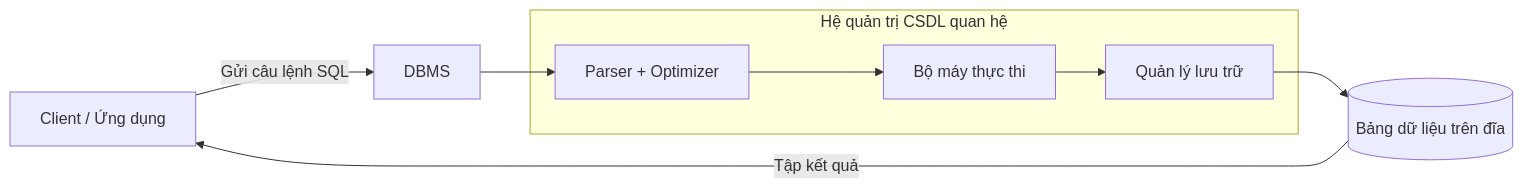
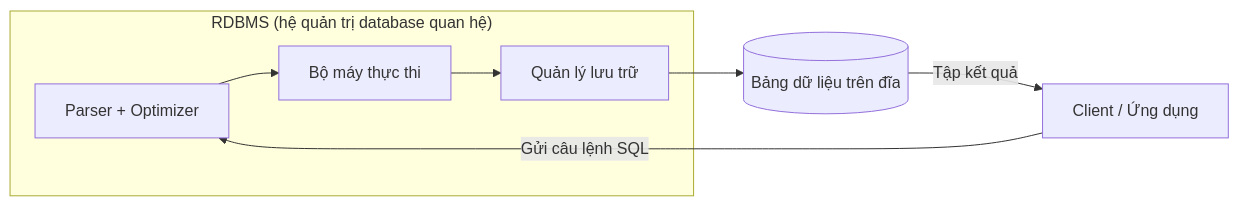
The diagram in tracks/sql-30-days/modules/01-foundations/lessons/01-intro-to-sql-and-dbms.md (hcmute-dsc/learning-hub-track-sql-30-days), drawn with Mermaid before and after one commit. The commit also changed other lines of this file and 96 other files, not shown here.

````diff
--- a/tracks/sql-30-days/modules/01-foundations/lessons/01-intro-to-sql-and-dbms.md
+++ b/tracks/sql-30-days/modules/01-foundations/lessons/01-intro-to-sql-and-dbms.md
@@ -50,10 +50,9 @@
 ```mermaid
 flowchart LR
-    A["Client / Ứng dụng"] -->|"Gửi câu lệnh SQL"| B["DBMS"]
-    subgraph RDBMS["Hệ quản trị CSDL quan hệ"]
+    subgraph RDBMS["RDBMS (hệ quản trị database quan hệ)"]
         C["Parser + Optimizer"] --> D["Bộ máy thực thi"] --> E["Quản lý lưu trữ"]
     end
-    B --> C
+    A["Client / Ứng dụng"] -->|"Gửi câu lệnh SQL"| C
     E --> F[("Bảng dữ liệu trên đĩa")]
     F -->|"Tập kết quả"| A
 ```
````
